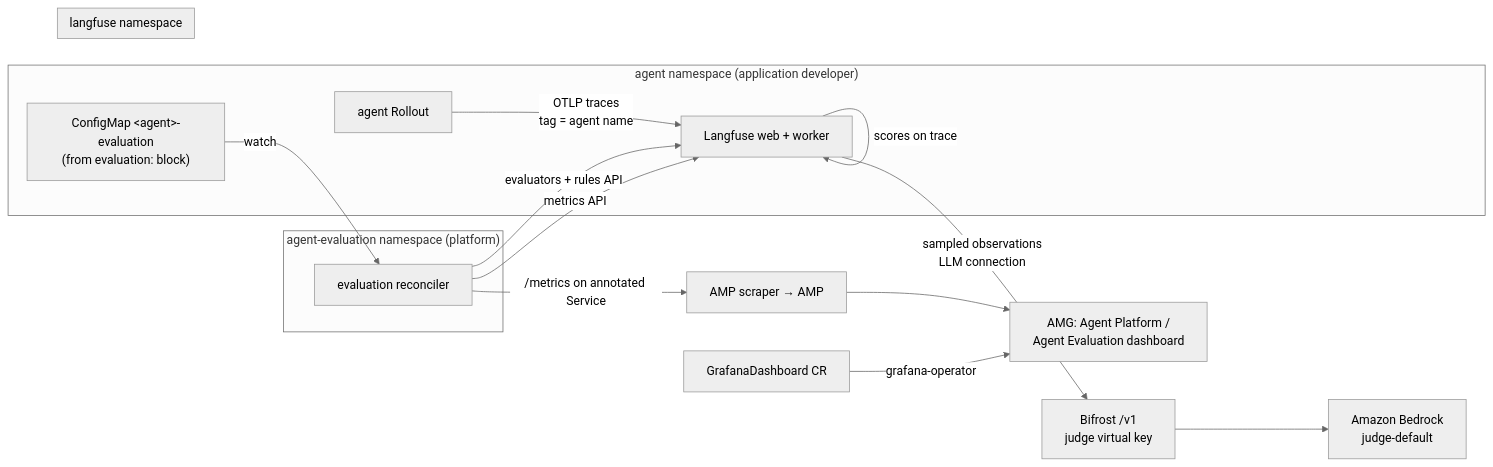
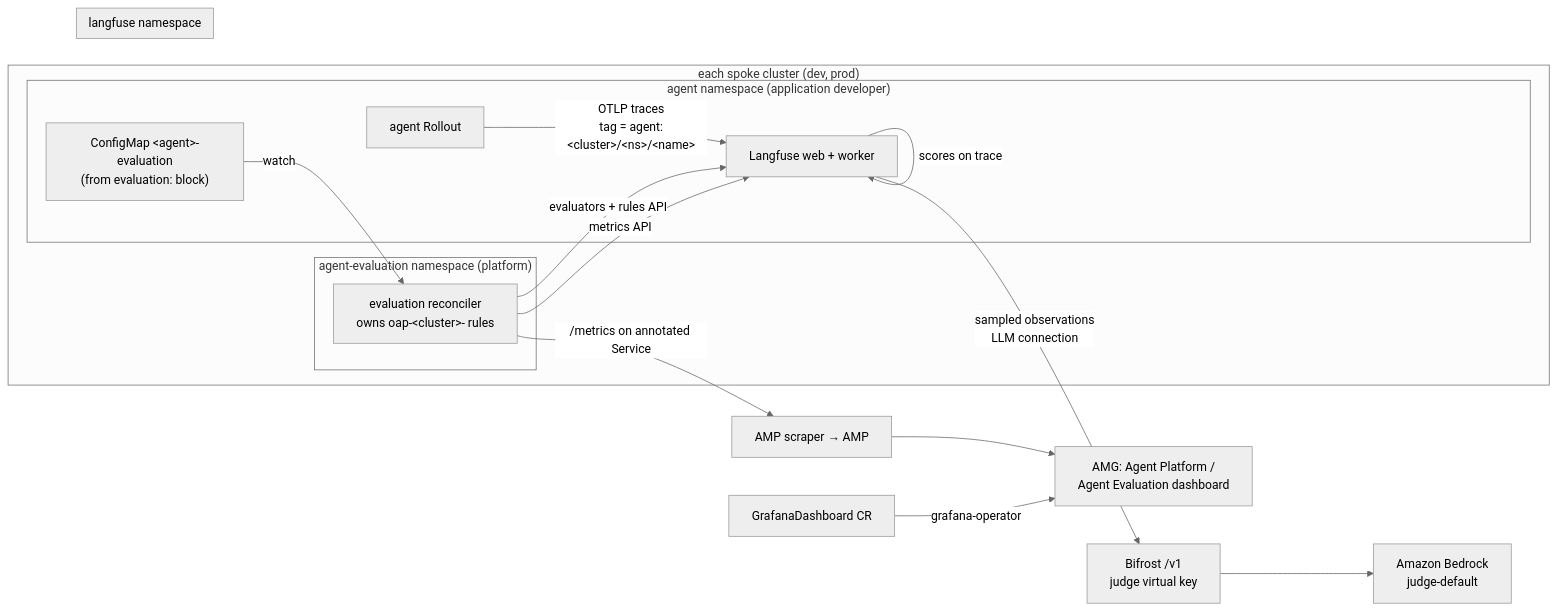
Before and after one commit to awslabs/open-agentic-platform: the third of 4 diagrams in docs/architecture/agent-evaluation.md, drawn with Mermaid (neutral theme).

Commit message:
docs(architecture): draw the agent and reconciler inside each spoke cluster

````diff
--- a/docs/architecture/agent-evaluation.md
+++ b/docs/architecture/agent-evaluation.md
@@ -792,23 +792,25 @@
 ```mermaid
 flowchart LR
-  subgraph NS["agent namespace (application developer)"]
-    A["agent Rollout"] -- "OTLP traces<br/>tag = agent name" --> LF
-    CM["ConfigMap &lt;agent&gt;-evaluation<br/>(from evaluation: block)"]
-  end
-  subgraph EV["agent-evaluation namespace (platform)"]
-    R["evaluation reconciler"]
+  subgraph SPOKE["each spoke cluster (dev, prod)"]
+    subgraph NS["agent namespace (application developer)"]
+      A["agent Rollout"] -- "OTLP traces<br/>tag = agent:&lt;cluster&gt;/&lt;ns&gt;/&lt;name&gt;" --> LF
+      CM["ConfigMap &lt;agent&gt;-evaluation<br/>(from evaluation: block)"]
+    end
+    subgraph EV["agent-evaluation namespace (platform)"]
+      R["evaluation reconciler<br/>owns oap-&lt;cluster&gt;- rules"]
+    end
   end
   subgraph LFN["langfuse namespace"]
     LF["Langfuse web + worker"]
   end
   BF["Bifrost /v1<br/>judge virtual key"]
   CM -- "watch" --> R
   R -- "evaluators + rules API" --> LF
   LF -- "sampled observations<br/>LLM connection" --> BF
   BF --> BR["Amazon Bedrock<br/>judge-default"]
   LF -- "scores on trace" --> LF
   R -- "metrics API" --> LF
   R -- "/metrics on annotated Service" --> M["AMP scraper → AMP"]
   M --> G["AMG: Agent Platform /<br/>Agent Evaluation dashboard"]
   GD["GrafanaDashboard CR"] -- "grafana-operator" --> G
 ```
````
